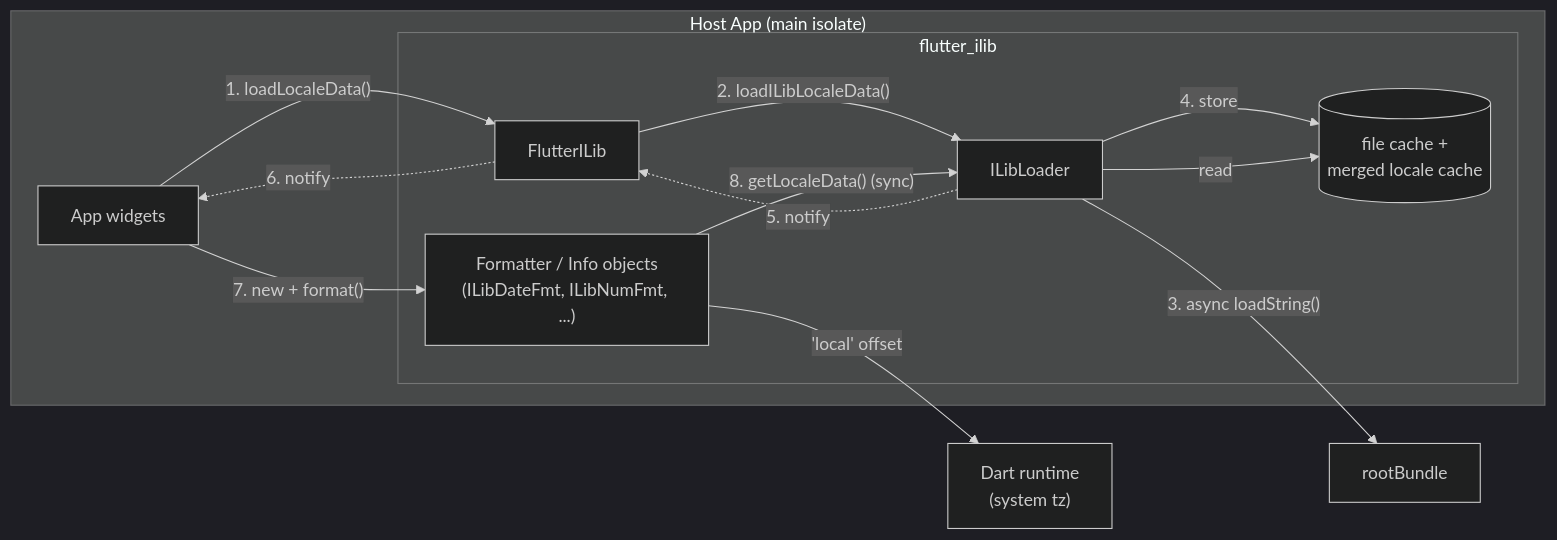
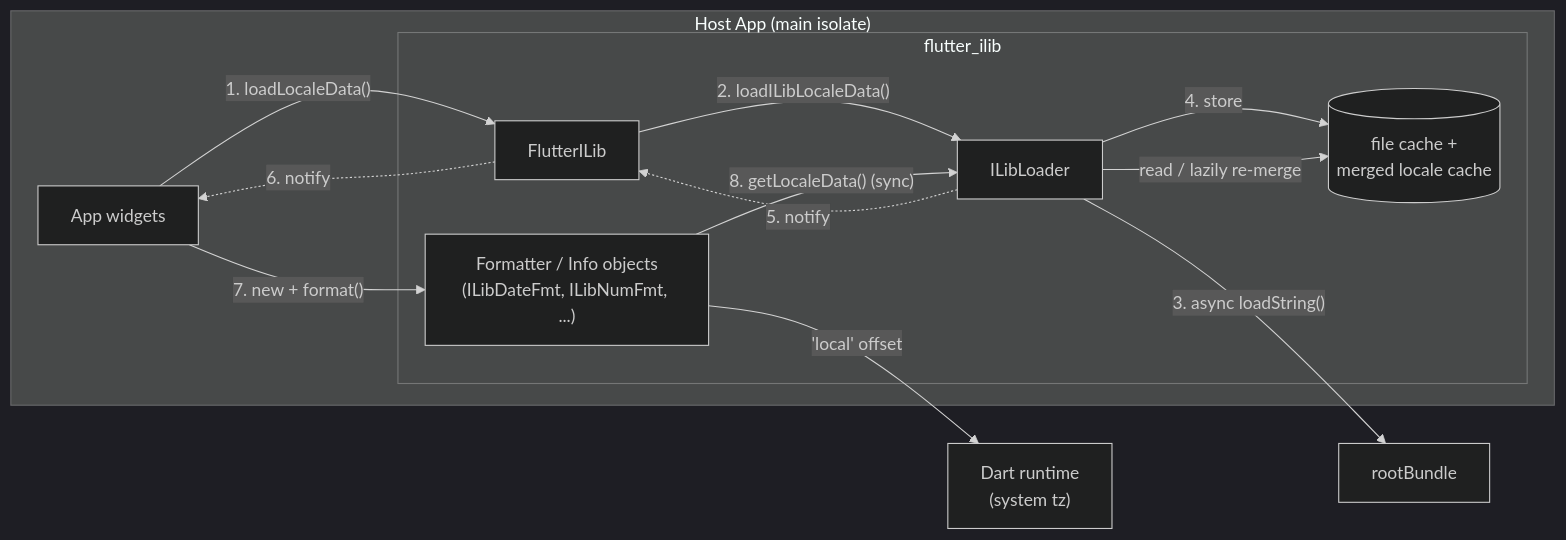
One commit to iLib-js/flutter_ilib changed the fourth of 10 diagrams in doc/design/LLD_flutter_ilib.md. Above: the diagram before and after it, drawn with Mermaid (dark theme). The commit also changed other lines of this file, not shown here.

````diff
--- a/doc/design/LLD_flutter_ilib.md
+++ b/doc/design/LLD_flutter_ilib.md
@@ -515,25 +517,25 @@
 ```mermaid
 graph LR
     subgraph AppIso["Host App (main isolate)"]
         App["App widgets"]
         subgraph FI["flutter_ilib"]
             Facade["FlutterILib"]
             Loader["ILibLoader"]
             Cache[("file cache +<br/>merged locale cache")]
             Objs["Formatter / Info objects<br/>(ILibDateFmt, ILibNumFmt, ...)"]
         end
     end
     Bundle["rootBundle"]
     Sys["Dart runtime<br/>(system tz)"]
 
     App -->|"1. loadLocaleData()"| Facade
     Facade -->|"2. loadILibLocaleData()"| Loader
     Loader -->|"3. async loadString()"| Bundle
     Loader -->|"4. store"| Cache
     Loader -.->|"5. notify"| Facade
     Facade -.->|"6. notify"| App
     App -->|"7. new + format()"| Objs
     Objs -->|"8. getLocaleData() (sync)"| Loader
-    Loader -->|read| Cache
+    Loader -->|"read / lazily re-merge"| Cache
     Objs -->|"'local' offset"| Sys
 ```
````
